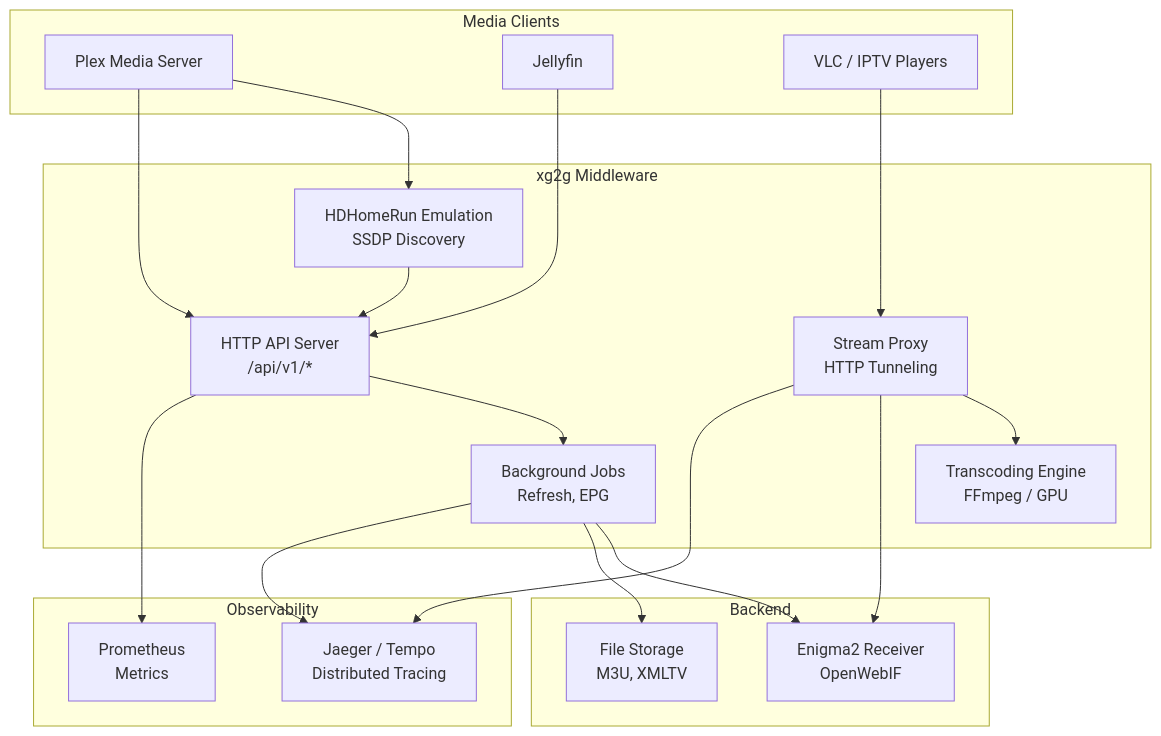
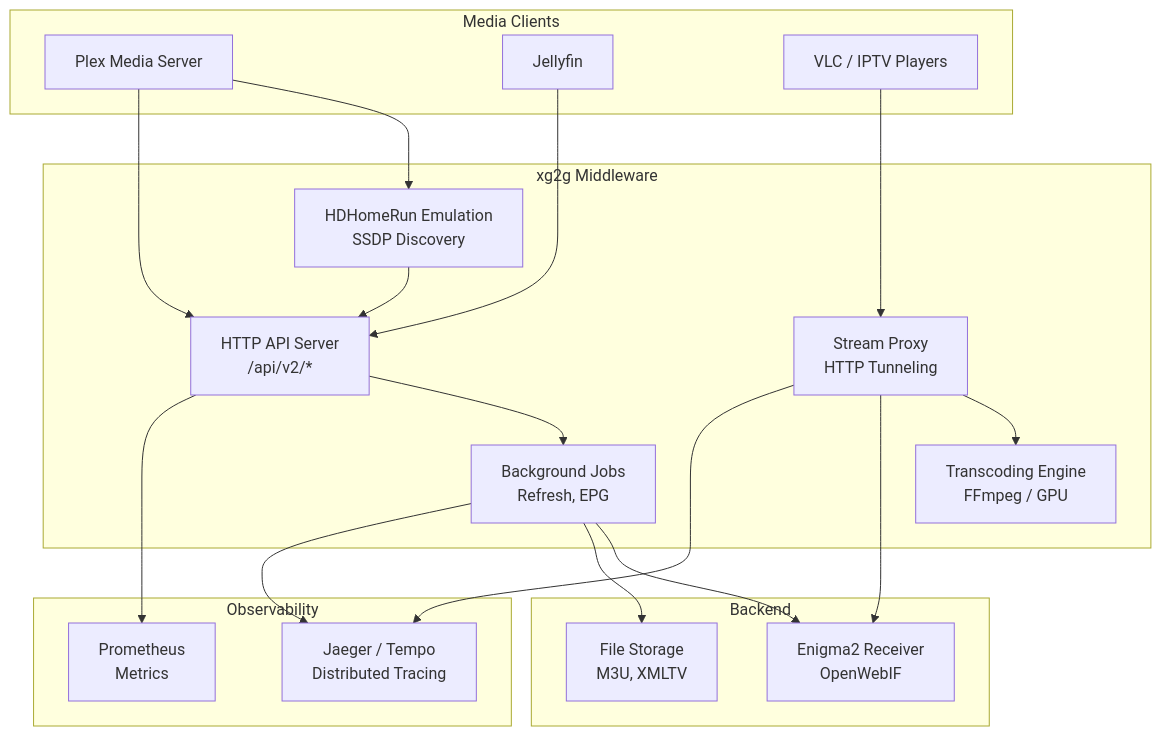
One commit to ManuGH/xg2g changed the first of 4 diagrams in docs/ARCHITECTURE.md. Above: the diagram before and after it, drawn with Mermaid. The commit also changed other lines of this file and 28 other files, not shown here.

````diff
--- a/docs/ARCHITECTURE.md
+++ b/docs/ARCHITECTURE.md
@@ -34,43 +34,43 @@
 ```mermaid
 graph TB
     subgraph "Media Clients"
         Plex[Plex Media Server]
         Jellyfin[Jellyfin]
         VLC[VLC / IPTV Players]
     end
 
     subgraph "xg2g Middleware"
-        API[HTTP API Server<br/>/api/v1/*]
+        API[HTTP API Server<br/>/api/v2/*]
         HDHR[HDHomeRun Emulation<br/>SSDP Discovery]
         Proxy[Stream Proxy<br/>HTTP Tunneling]
         Jobs[Background Jobs<br/>Refresh, EPG]
         Transcoder[Transcoding Engine<br/>FFmpeg / GPU]
     end
 
     subgraph "Backend"
         Enigma2[Enigma2 Receiver<br/>OpenWebIF]
         Storage[File Storage<br/>M3U, XMLTV]
     end
 
     subgraph "Observability"
         Metrics[Prometheus<br/>Metrics]
         Traces[Jaeger / Tempo<br/>Distributed Tracing]
     end
 
     Plex --> HDHR
     Plex --> API
     Jellyfin --> API
     VLC --> Proxy
 
     API --> Jobs
     Proxy --> Transcoder
     HDHR --> API
 
     Jobs --> Enigma2
     Proxy --> Enigma2
     Jobs --> Storage
 
     API --> Metrics
     Proxy --> Traces
     Jobs --> Traces
 ```
````
